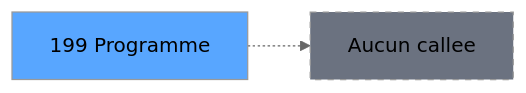
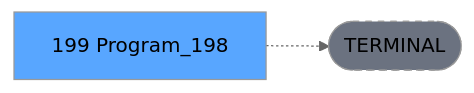
The third of 3 diagrams in .openspec/specs/ADH-IDE-199.md (thonyAGP/lecteur-magic), drawn with Mermaid (neutral theme) before and after one commit. The commit also changed other lines of this file and 701 other files, not shown here.

````diff
--- a/.openspec/specs/ADH-IDE-199.md
+++ b/.openspec/specs/ADH-IDE-199.md
@@ -120,8 +134,8 @@
 ```mermaid
 graph LR
-    T[199 Programme]
-    NONE[Aucun callee]
-    T -.-> NONE
+    T[199 Program_198]
+    TERM([TERMINAL])
+    T -.-> TERM
+    style TERM fill:#6b7280,stroke-dasharray: 5 5
     style T fill:#58a6ff,color:#000
-    style NONE fill:#6b7280,stroke-dasharray: 5 5
 ```
````
